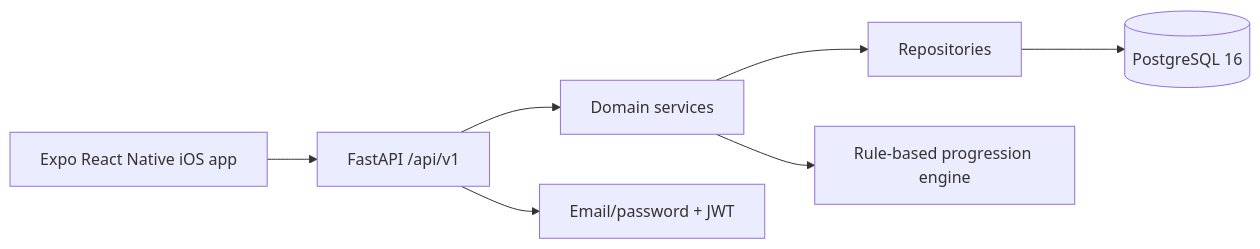
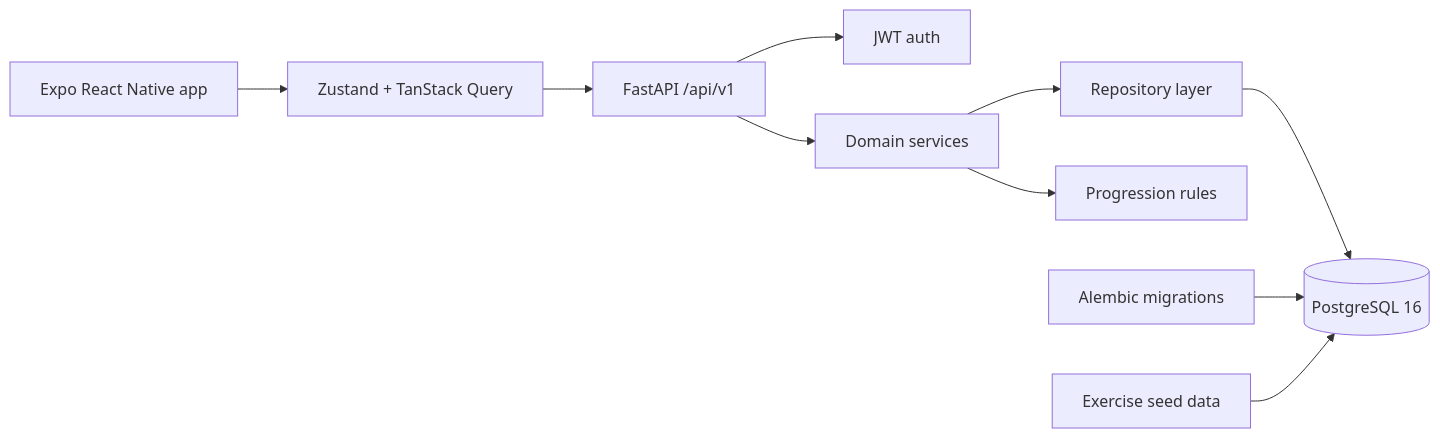
The diagram in README.md (mirathfan/forge-fitness), drawn with Mermaid before and after one commit. The commit also changed other lines of this file and 1 other file, not shown here.

````diff
--- a/README.md
+++ b/README.md
@@ -9,9 +27,12 @@
 ```mermaid
 flowchart LR
-  Mobile["Expo React Native iOS app"] --> API["FastAPI /api/v1"]
+  Mobile["Expo React Native app"] --> ClientState["Zustand + TanStack Query"]
+  ClientState --> API["FastAPI /api/v1"]
+  API --> Auth["JWT auth"]
   API --> Services["Domain services"]
-  Services --> Repositories["Repositories"]
-  Repositories --> Postgres[("PostgreSQL 16")]
-  Services --> Rules["Rule-based progression engine"]
-  API --> Auth["Email/password + JWT"]
+  Services --> Repositories["Repository layer"]
+  Repositories --> DB[("PostgreSQL 16")]
+  Services --> Rules["Progression rules"]
+  Alembic["Alembic migrations"] --> DB
+  Seed["Exercise seed data"] --> DB
 ```
````
